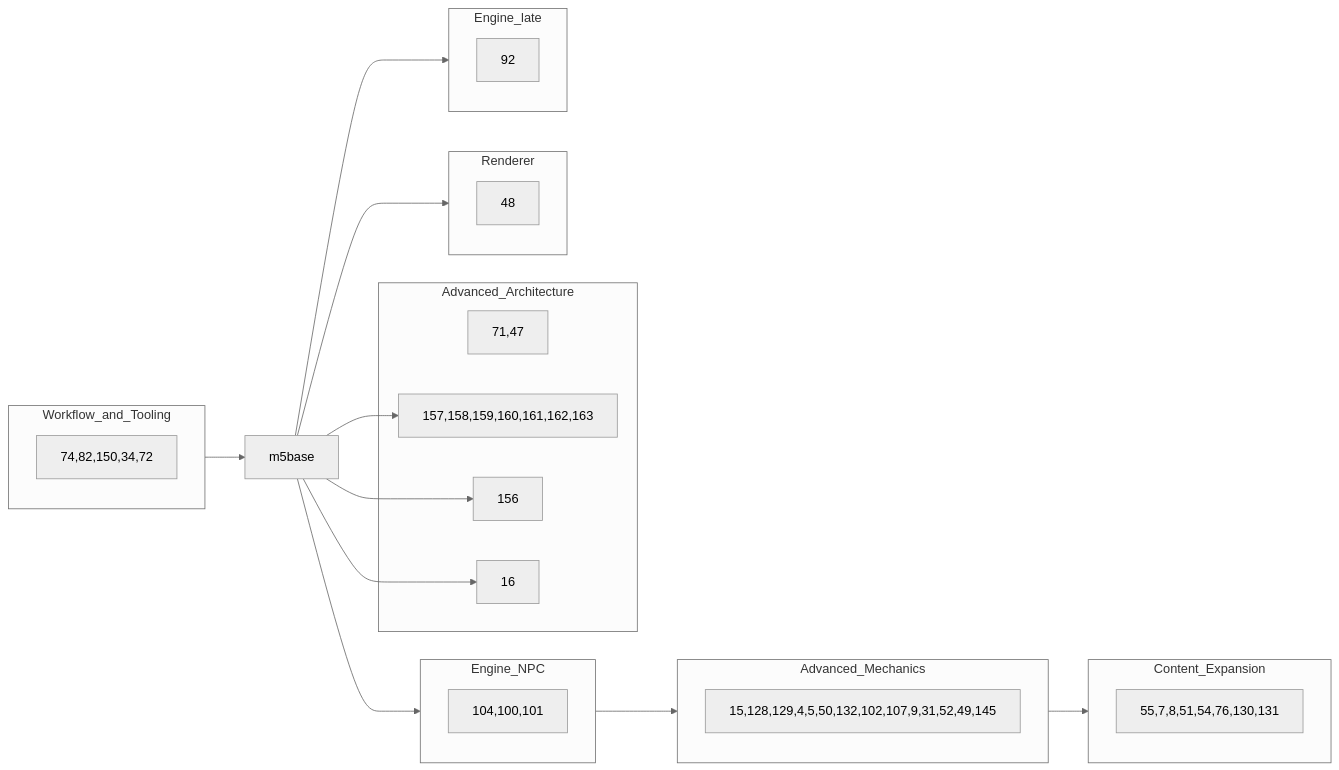
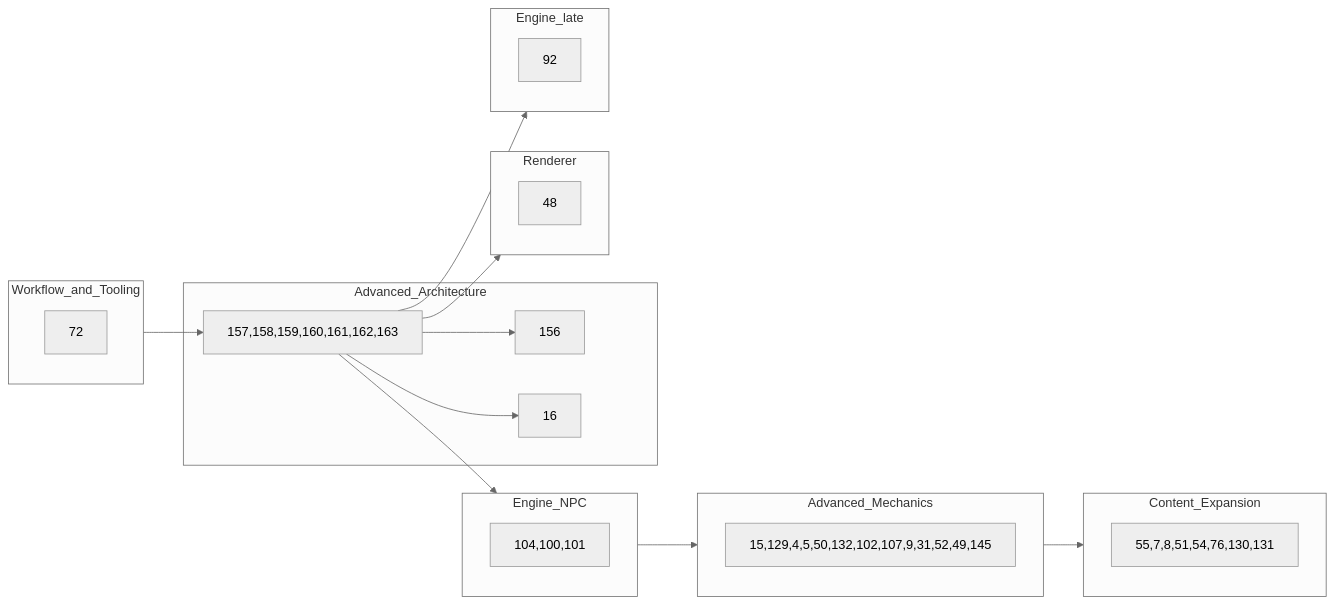
One commit to ianmays/dosmud changed the diagram in DEV_PLAN.md. Above: the diagram before and after it, drawn with Mermaid (neutral theme). The commit also changed other lines of this file, not shown here.

````diff
--- a/DEV_PLAN.md
+++ b/DEV_PLAN.md
@@ -44,36 +44,34 @@
 ```mermaid
 flowchart LR
   subgraph m4 [Workflow_and_Tooling]
-    M4["74,82,150,34,72"]
+    M4["72"]
   end
   subgraph m5 [Advanced_Architecture]
-    M5base["71,47"]
     M5chain["157,158,159,160,161,162,163"]
     M5adj["156"]
     M5late["16"]
   end
   subgraph m9a [Engine_NPC]
     M9a["104,100,101"]
   end
   subgraph m8 [Advanced_Mechanics]
-    M8["15,128,129,4,5,50,132,102,107,9,31,52,49,145"]
+    M8["15,129,4,5,50,132,102,107,9,31,52,49,145"]
   end
   subgraph m6 [Content_Expansion]
     M6["55,7,8,51,54,76,130,131"]
   end
   subgraph m7 [Renderer]
     M7["48"]
   end
   subgraph m9b [Engine_late]
     M9b["92"]
   end
-  m4 --> m5base
-  m5base --> M5chain
-  m5base --> M5adj
-  m5base --> M5late
-  m5base --> m9a
+  m4 --> M5chain
+  M5chain --> M5adj
+  M5chain --> M5late
+  M5chain --> m9a
   m9a --> m8
   m8 --> m6
-  m5base --> m7
-  m5base --> m9b
+  M5chain --> m7
+  M5chain --> m9b
 ```
````
